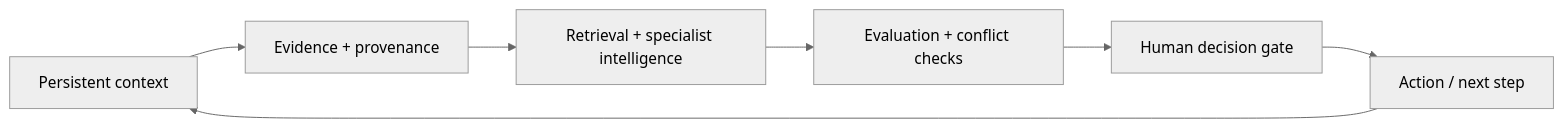
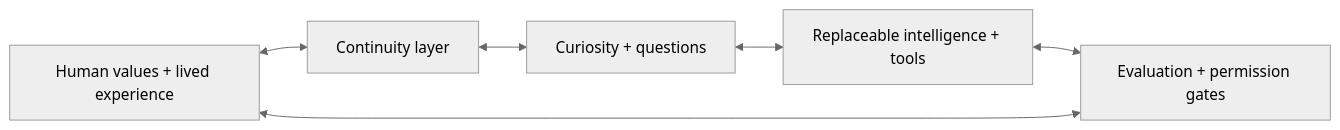
Before and after one commit to slmcin02/NovaV2: the diagram in ARCHITECTURE.md, drawn with Mermaid (neutral theme). The commit also changed other lines of this file, not shown here.

Commit message:
Expand public architecture to digital counterpart model

````diff
--- a/ARCHITECTURE.md
+++ b/ARCHITECTURE.md
@@ -5,9 +13,8 @@
 ```mermaid
 flowchart LR
-    A[Persistent context] --> B[Evidence + provenance]
-    B --> C[Retrieval + specialist intelligence]
-    C --> D[Evaluation + conflict checks]
-    D --> E[Human decision gate]
-    E --> F[Action / next step]
-    F --> A
+    H[Human values + lived experience] <--> C[Continuity layer]
+    C <--> Q[Curiosity + questions]
+    Q <--> I[Replaceable intelligence + tools]
+    I <--> G[Evaluation + permission gates]
+    G <--> H
 ```
````
